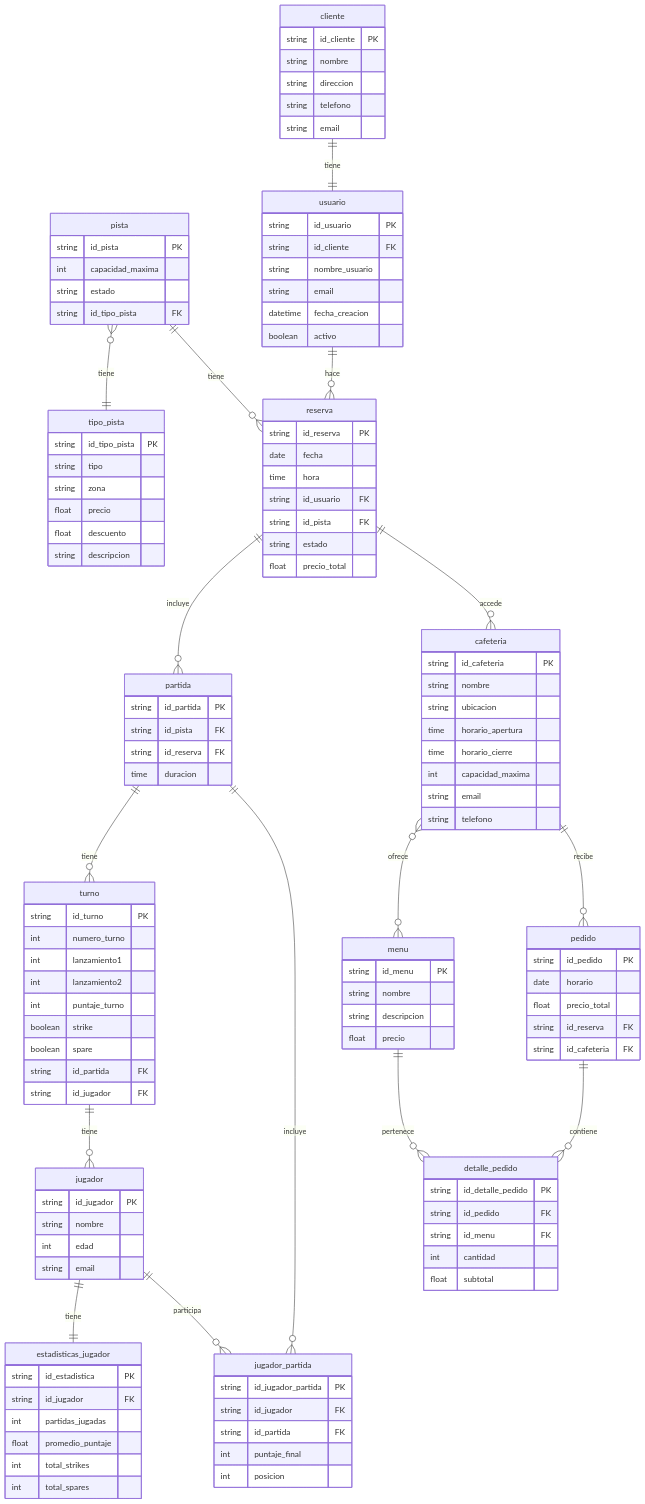
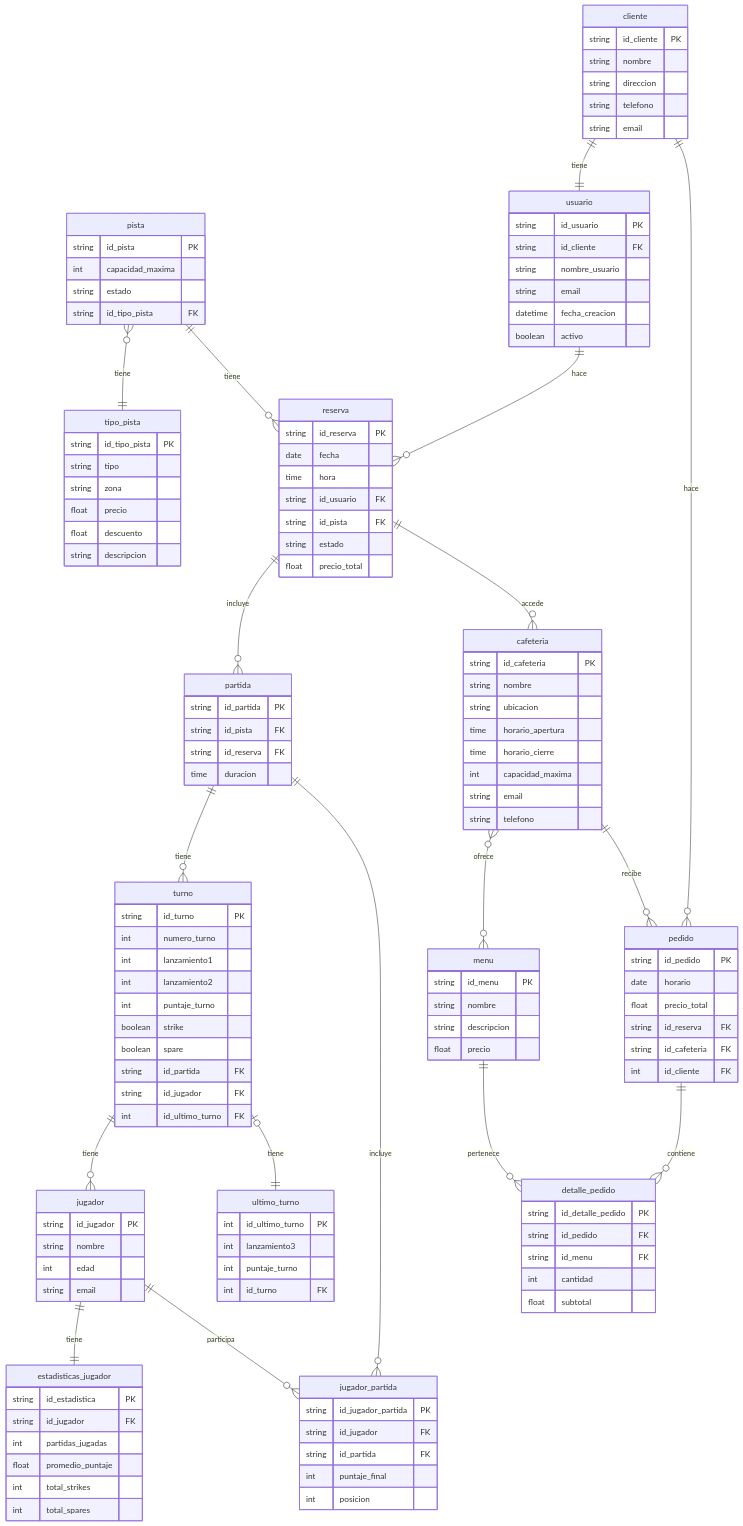
The diagram in centro_bowling.mermaid (Villada-PG3/trabajo-practico-integrador-centro-bowling), drawn with Mermaid before and after one commit.

Commit message:
Update: modelo ER con entidad ultimo_turno

```diff
--- a/centro_bowling.mermaid
+++ b/centro_bowling.mermaid
@@ -1,136 +1,146 @@
 erDiagram
     jugador ||--|| estadisticas_jugador : tiene
     pista }o--|| tipo_pista : tiene
     pista ||--o{ reserva : tiene
     usuario ||--o{ reserva : hace
     reserva ||--o{ partida : incluye
     partida ||--o{ turno : tiene
     turno ||--o{ jugador : tiene
     reserva ||--o{ cafeteria : accede
     cafeteria }o--o{ menu : ofrece
     cafeteria ||--o{ pedido : recibe
     jugador ||--o{ jugador_partida : participa
     partida ||--o{ jugador_partida : incluye
     pedido ||--o{ detalle_pedido : contiene
     menu ||--o{ detalle_pedido : pertenece
     cliente ||--|| usuario : tiene
+    cliente ||--o{ pedido : hace
+    turno o|--|| ultimo_turno : tiene
 
     estadisticas_jugador {
         string id_estadistica PK
         string id_jugador FK
         int partidas_jugadas
         float promedio_puntaje
         int total_strikes
         int total_spares
     }
 
     usuario {
         string id_usuario PK
         string id_cliente FK
         string nombre_usuario
         string email
         datetime fecha_creacion
         boolean activo
     }
 
     pista {
         string id_pista PK
         int capacidad_maxima
         string estado
         string id_tipo_pista FK
     }
 
     tipo_pista {
         string id_tipo_pista PK
         string tipo
         string zona
         float precio
         float descuento
         string descripcion
     }
 
     cafeteria {
         string id_cafeteria PK
         string nombre
         string ubicacion
         time horario_apertura
         time horario_cierre
         int capacidad_maxima
         string email
         string telefono
     }
 
     menu {
         string id_menu PK
         string nombre
         string descripcion
         float precio
     }
 
     pedido {
         string id_pedido PK
         date horario
         float precio_total
         string id_reserva FK
         string id_cafeteria FK
+        int id_cliente FK
     }
 
     detalle_pedido {
         string id_detalle_pedido PK
         string id_pedido FK
         string id_menu FK
         int cantidad
         float subtotal
     }
 
     cliente {
         string id_cliente PK
         string nombre
         string direccion
         string telefono
         string email
     }
 
     reserva {
         string id_reserva PK
         date fecha
         time hora
         string id_usuario FK
         string id_pista FK
         string estado
         float precio_total
     }
 
     partida {
         string id_partida PK
         string id_pista FK
         string id_reserva FK
         time duracion
     }
 
     jugador {
         string id_jugador PK
         string nombre
         int edad
         string email
     }    
 
     jugador_partida {
         string id_jugador_partida PK
         string id_jugador FK
         string id_partida FK
         int puntaje_final
         int posicion
     }
 
     turno {
         string id_turno PK
         int numero_turno
         int lanzamiento1
         int lanzamiento2
         int puntaje_turno
         boolean strike
         boolean spare
         string id_partida FK
         string id_jugador FK
+        int id_ultimo_turno FK
     }
+    ultimo_turno {
+        int id_ultimo_turno PK
+        int lanzamiento3
+        int puntaje_turno
+        int id_turno FK
+    }
```
